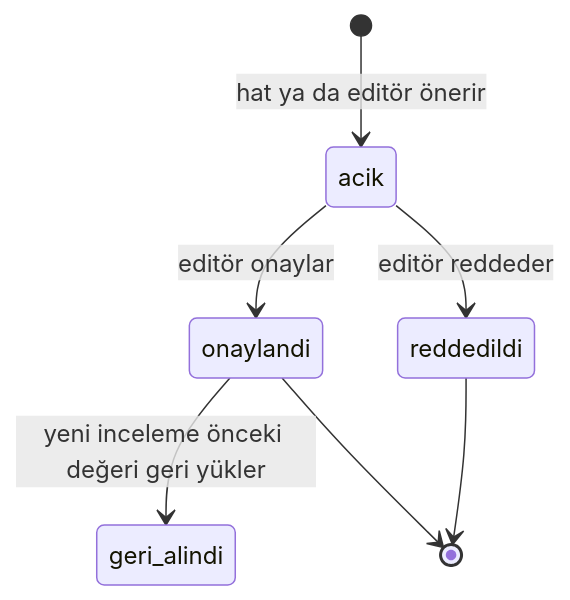
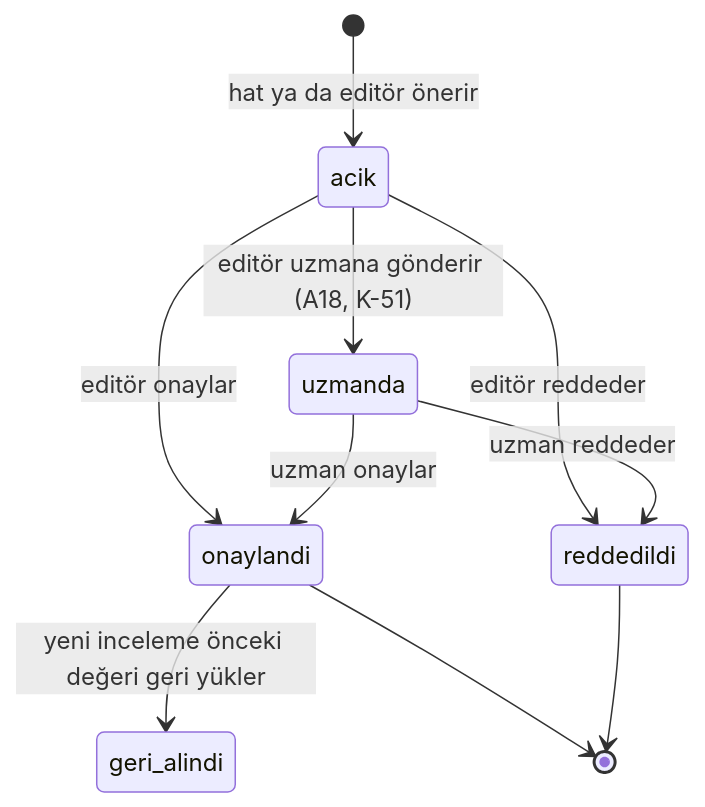
One commit to karasaid379-hue/mutalaa changed the second of 2 diagrams in docs/03-veri/02-editoryal-veritabani.md. Above: the diagram before and after it, drawn with Mermaid. The commit also changed other lines of this file and 14 other files, not shown here.

````diff
--- a/docs/03-veri/02-editoryal-veritabani.md
+++ b/docs/03-veri/02-editoryal-veritabani.md
@@ -382,9 +402,12 @@
 ```mermaid
 stateDiagram-v2
   [*] --> acik: hat ya da editör önerir
   acik --> onaylandi: editör onaylar
   acik --> reddedildi: editör reddeder
+  acik --> uzmanda: editör uzmana gönderir (A18, K-51)
+  uzmanda --> onaylandi: uzman onaylar
+  uzmanda --> reddedildi: uzman reddeder
   onaylandi --> geri_alindi: yeni inceleme önceki değeri geri yükler
   onaylandi --> [*]
   reddedildi --> [*]
 ```
````
